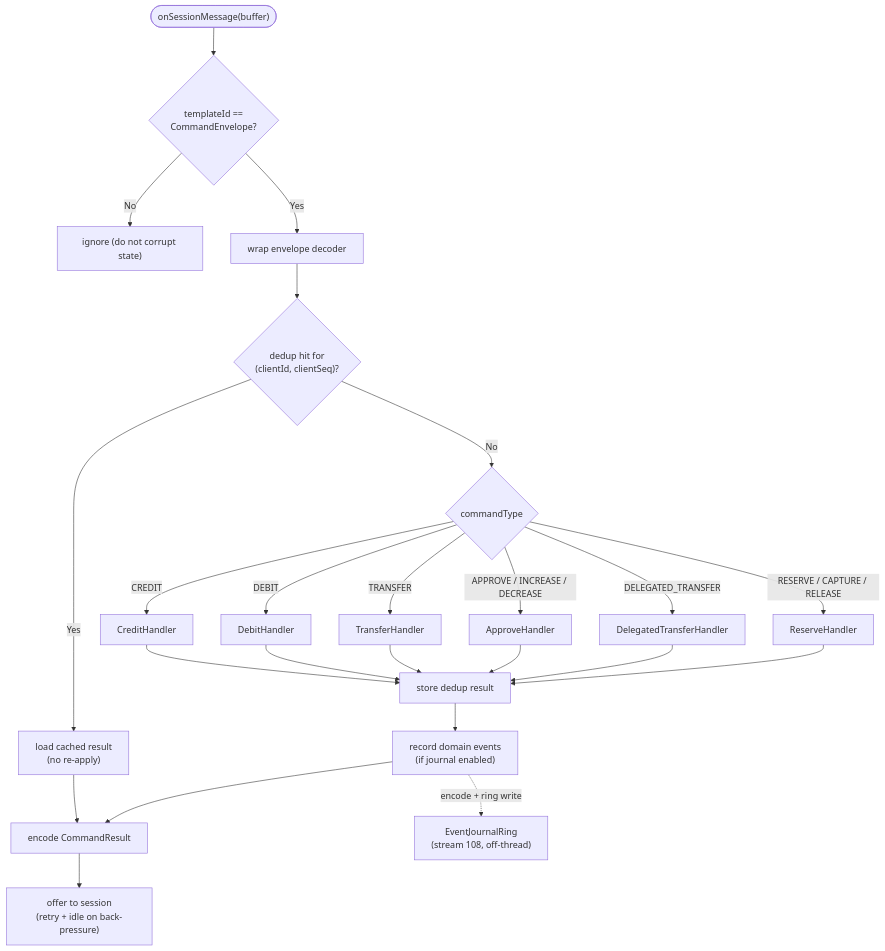
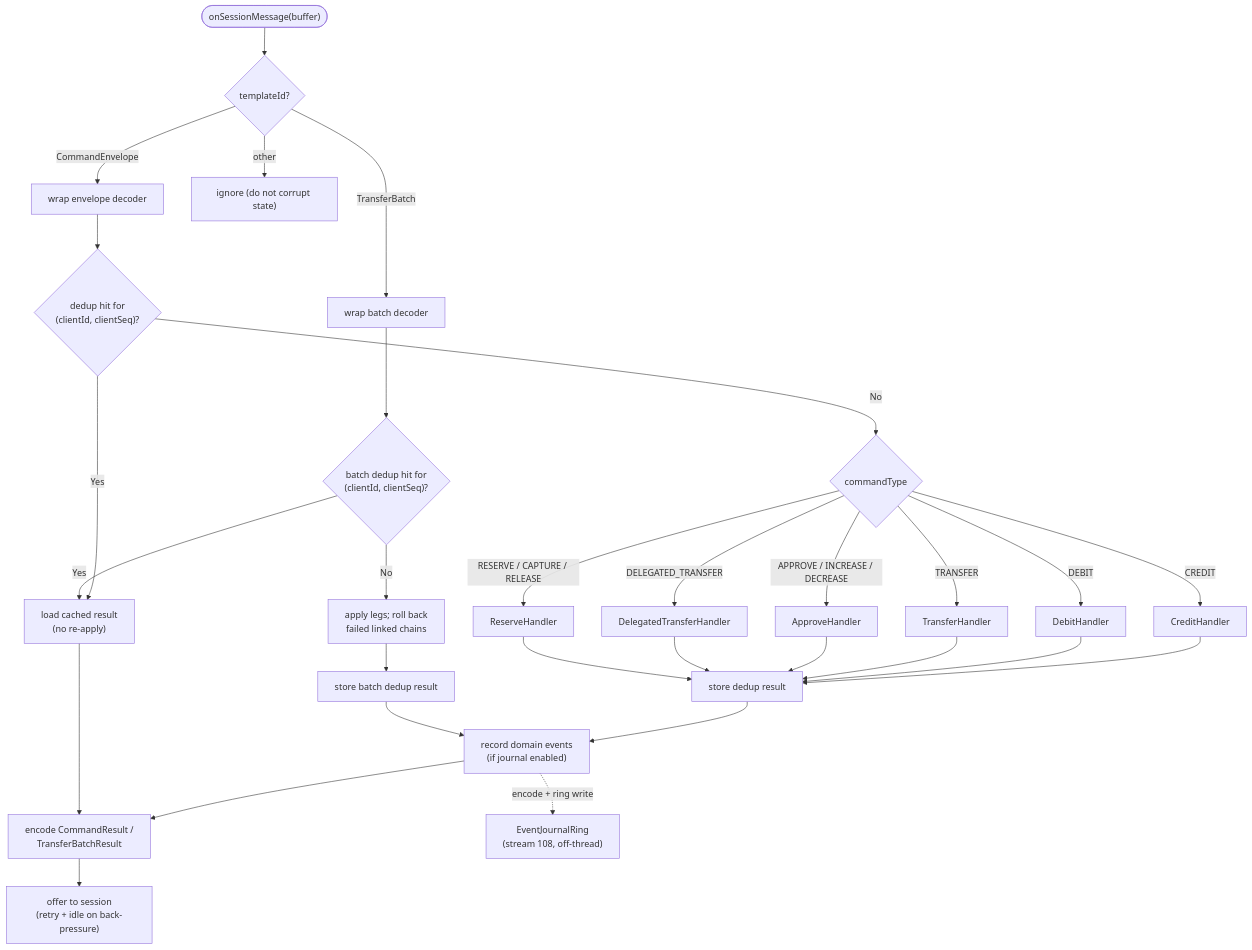
Before and after one commit to justrade-io/ledgerd: the eighth of 8 diagrams in docs/ARCHITECTURE.md, drawn with Mermaid. The commit also changed other lines of this file and 36 other files, not shown here.

First line of the commit message:
feat: Add transfer batch with linked atomic chains

````diff
--- a/docs/ARCHITECTURE.md
+++ b/docs/ARCHITECTURE.md
@@ -525,26 +531,35 @@
 ```mermaid
 flowchart TD
-    IN(["onSessionMessage(buffer)"]) --> HDR{"templateId ==\nCommandEnvelope?"}
-    HDR -- No --> IGN["ignore (do not corrupt state)"]
-    HDR -- Yes --> WRAP["wrap envelope decoder"]
+    IN(["onSessionMessage(buffer)"]) --> HDR{"templateId?"}
+    HDR -- "CommandEnvelope" --> WRAP["wrap envelope decoder"]
+    HDR -- "TransferBatch" --> BWRAP["wrap batch decoder"]
+    HDR -- "other" --> IGN["ignore (do not corrupt state)"]
+
     WRAP --> DEDUP{"dedup hit for\n(clientId, clientSeq)?"}
     DEDUP -- Yes --> CACHED["load cached result\n(no re-apply)"]
     DEDUP -- No --> DISPATCH{"commandType"}
     DISPATCH -->|" CREDIT "| H1["CreditHandler"]
     DISPATCH -->|" DEBIT "| H2["DebitHandler"]
     DISPATCH -->|" TRANSFER "| H3["TransferHandler"]
     DISPATCH -->|" APPROVE / INCREASE / DECREASE "| H4["ApproveHandler"]
     DISPATCH -->|" DELEGATED_TRANSFER "| H5["DelegatedTransferHandler"]
     DISPATCH -->|" RESERVE / CAPTURE / RELEASE "| H6["ReserveHandler"]
+
+    BWRAP --> BDEDUP{"batch dedup hit for\n(clientId, clientSeq)?"}
+    BDEDUP -- Yes --> CACHED
+    BDEDUP -- No --> CHAINS["apply legs; roll back\nfailed linked chains"]
+
     H1 --> STORE["store dedup result"]
     H2 --> STORE
     H3 --> STORE
     H4 --> STORE
     H5 --> STORE
     H6 --> STORE
+    CHAINS --> BSTORE["store batch dedup result"]
     STORE --> EVENTS["record domain events\n(if journal enabled)"]
-    EVENTS --> SEND["encode CommandResult"]
+    BSTORE --> EVENTS
+    EVENTS --> SEND["encode CommandResult /\nTransferBatchResult"]
     CACHED --> SEND
     SEND --> EGRESS["offer to session\n(retry + idle on back-pressure)"]
     EVENTS -.->|" encode + ring write "| JRING["EventJournalRing\n(stream 108, off-thread)"]
 ```
````
